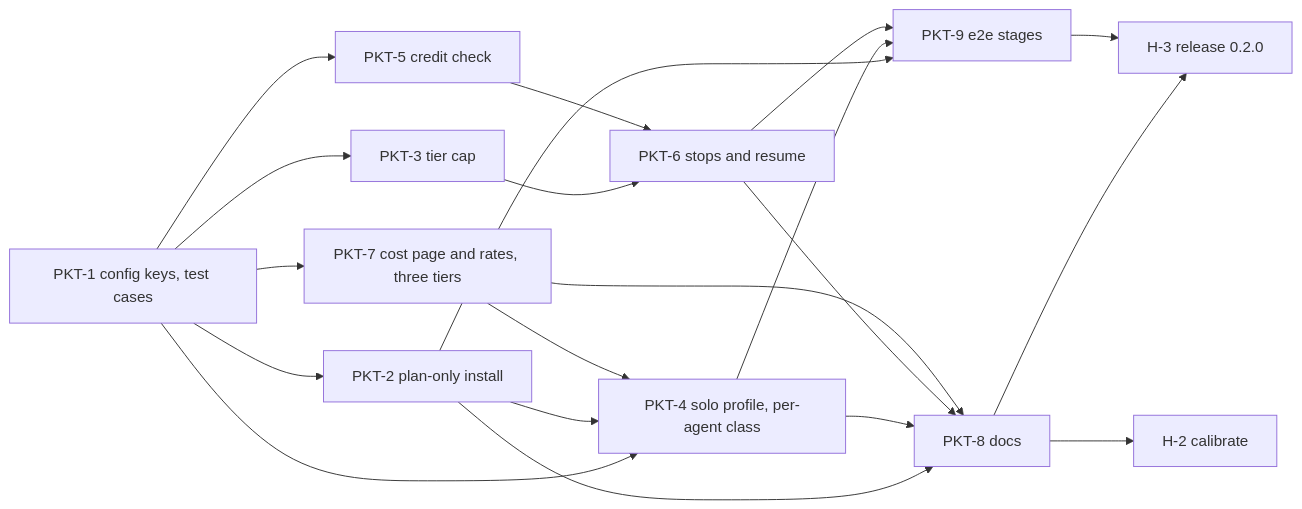
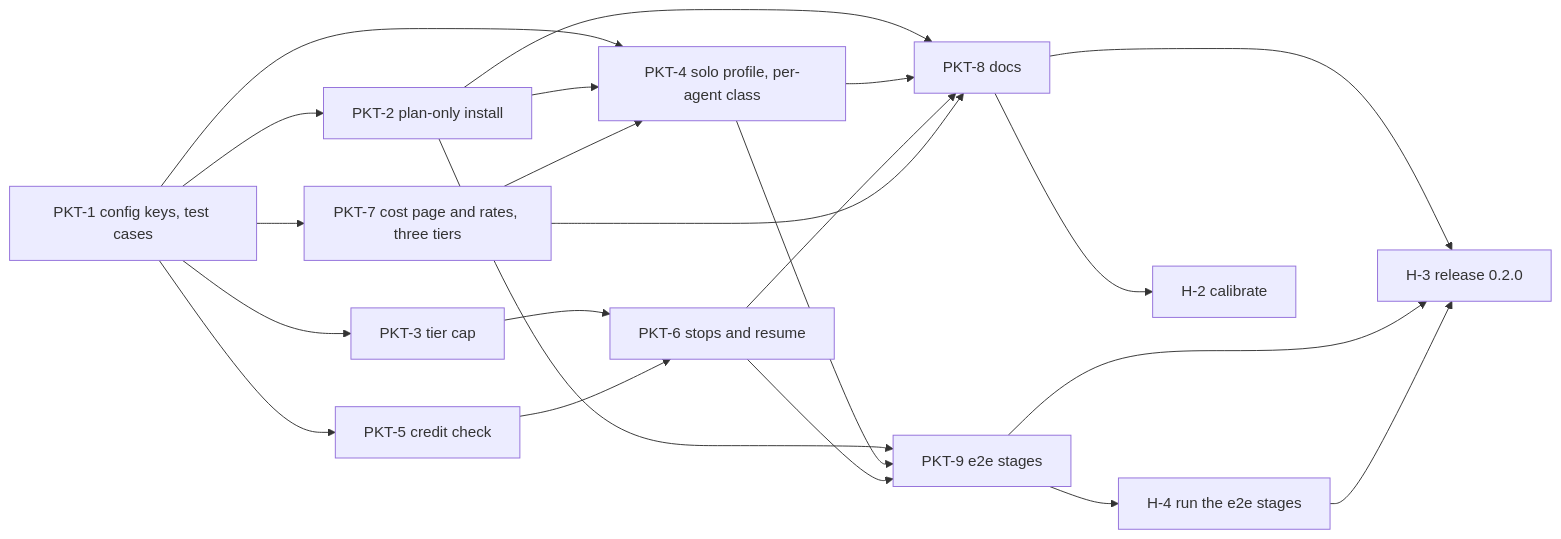
The diagram in docs/plan/solo-budget/plan.md (uoqbon/packets), drawn with Mermaid before and after one commit. The commit also changed other lines of this file and 13 other files, not shown here.

````diff
--- a/docs/plan/solo-budget/plan.md
+++ b/docs/plan/solo-budget/plan.md
@@ -63,22 +63,24 @@
 ```mermaid
 flowchart LR
   PKT1[PKT-1 config keys, test cases] --> PKT2[PKT-2 plan-only install]
   PKT1 --> PKT3[PKT-3 tier cap]
   PKT1 --> PKT5[PKT-5 credit check]
   PKT1 --> PKT7[PKT-7 cost page and rates, three tiers]
   PKT1 --> PKT4[PKT-4 solo profile, per-agent class]
   PKT2 --> PKT4
   PKT7 --> PKT4
   PKT3 --> PKT6[PKT-6 stops and resume]
   PKT5 --> PKT6
   PKT2 --> PKT8[PKT-8 docs]
   PKT4 --> PKT8
   PKT6 --> PKT8
   PKT7 --> PKT8
   PKT2 --> PKT9[PKT-9 e2e stages]
   PKT4 --> PKT9
   PKT6 --> PKT9
   PKT8 --> H3[H-3 release 0.2.0]
   PKT9 --> H3
+  PKT9 --> H4[H-4 run the e2e stages]
+  H4 --> H3
   PKT8 --> H2[H-2 calibrate]
 ```
````
